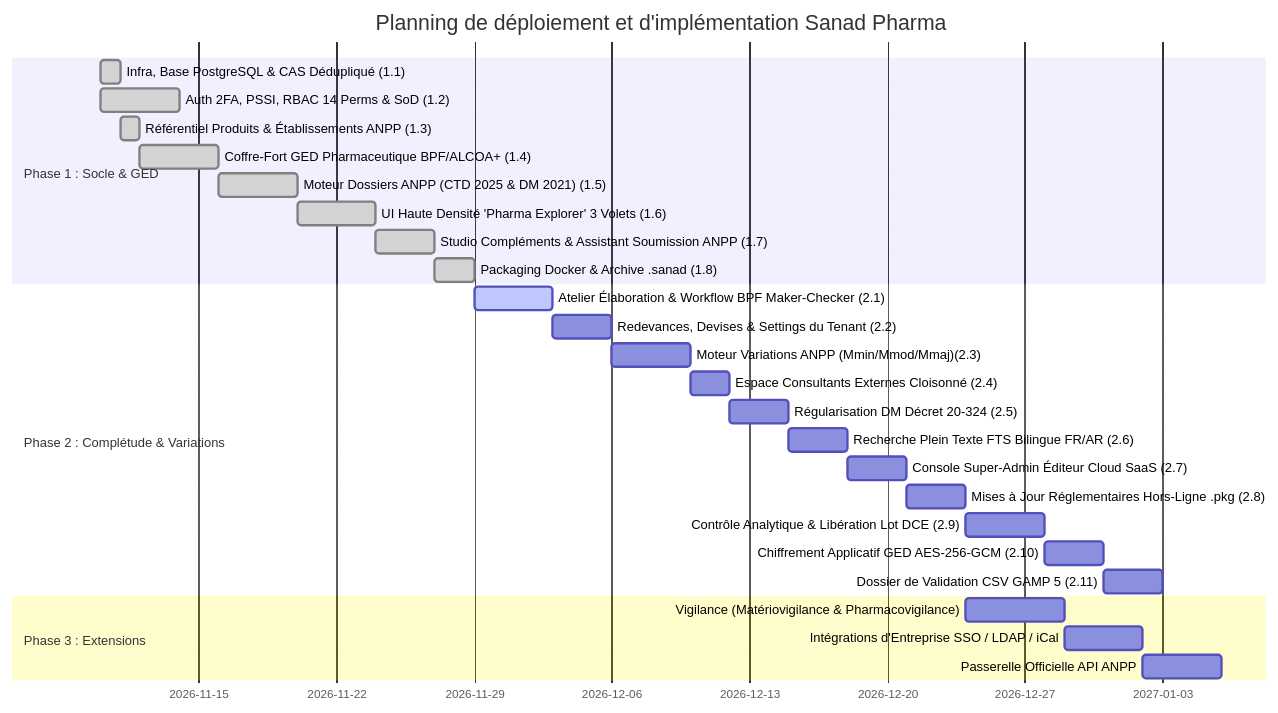
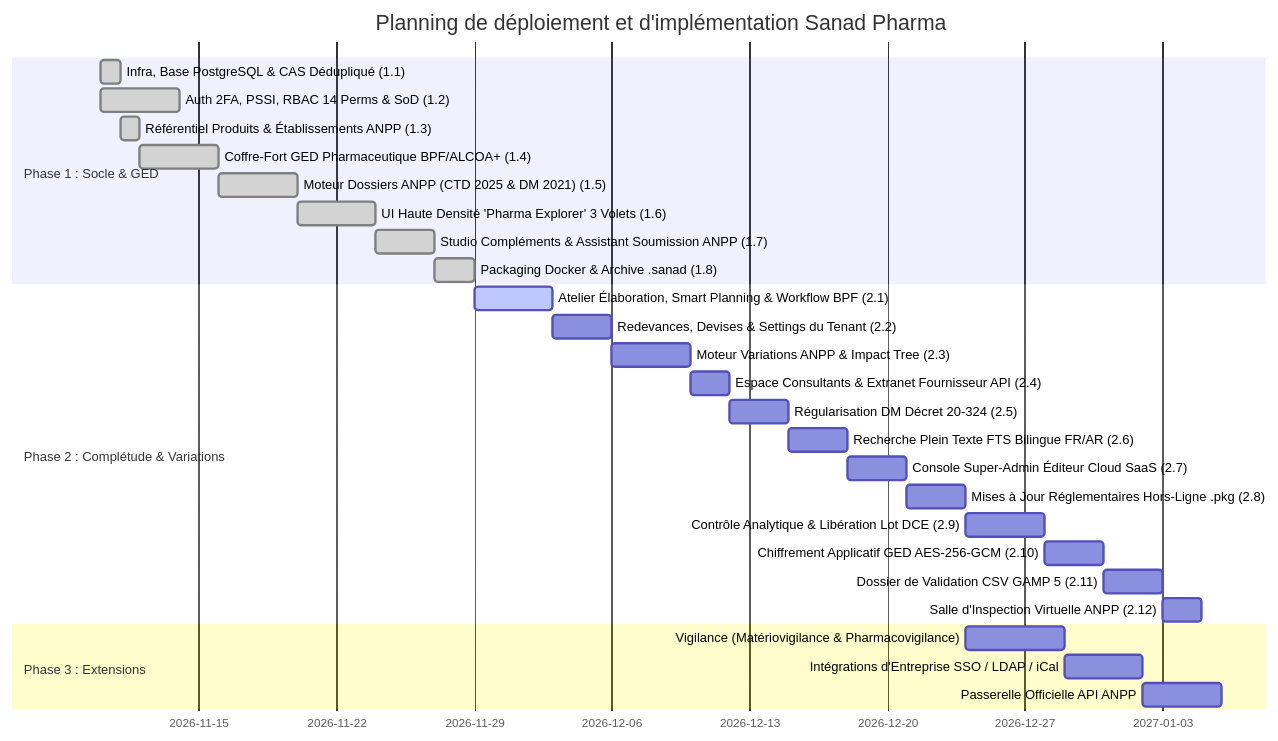
One commit to aassr1965/homolog changed the diagram in docs/roadmap.md. Above: the diagram before and after it, drawn with Mermaid. The commit also changed other lines of this file and 1 other file, not shown here.

Commit message:
docs(features): integrate Smart Planning, Inspection Readiness, API Holder Extranet, LCQ secondary standard alerts, and bilingual medical translation

````diff
--- a/docs/roadmap.md
+++ b/docs/roadmap.md
@@ -20,30 +20,31 @@
 ```mermaid
 gantt
     title Planning de déploiement et d'implémentation Sanad Pharma
     dateFormat  YYYY-MM-DD
     section Phase 1 : Socle & GED
     Infra, Base PostgreSQL & CAS Dédupliqué (1.1)    :done, p1_1, 2026-11-10, 1d
     Auth 2FA, PSSI, RBAC 14 Perms & SoD (1.2)        :done, p1_2, 2026-11-10, 4d
     Référentiel Produits & Établissements ANPP (1.3) :done, p1_3, 2026-11-11, 1d
     Coffre-Fort GED Pharmaceutique BPF/ALCOA+ (1.4)  :done, p1_4, after p1_3, 4d
     Moteur Dossiers ANPP (CTD 2025 & DM 2021) (1.5)  :done, p1_5, after p1_4, 4d
     UI Haute Densité 'Pharma Explorer' 3 Volets (1.6):done, p1_6, after p1_5, 4d
     Studio Compléments & Assistant Soumission ANPP (1.7) :done, p1_7, after p1_6, 3d
     Packaging Docker & Archive .sanad (1.8)          :done, p1_8, after p1_7, 2d
     section Phase 2 : Complétude & Variations
-    Atelier Élaboration & Workflow BPF Maker-Checker (2.1):active, p2_1, after p1_8, 4d
+    Atelier Élaboration, Smart Planning & Workflow BPF (2.1):active, p2_1, after p1_8, 4d
     Redevances, Devises & Settings du Tenant (2.2)   :p2_2, after p2_1, 3d
-    Moteur Variations ANPP (Mmin/Mmod/Mmaj)(2.3)     :p2_3, after p2_2, 4d
-    Espace Consultants Externes Cloisonné (2.4)      :p2_4, after p2_3, 2d
+    Moteur Variations ANPP & Impact Tree (2.3)       :p2_3, after p2_2, 4d
+    Espace Consultants & Extranet Fournisseur API (2.4):p2_4, after p2_3, 2d
     Régularisation DM Décret 20-324 (2.5)            :p2_5, after p2_4, 3d
     Recherche Plein Texte FTS Bilingue FR/AR (2.6)   :p2_6, after p2_5, 3d
     Console Super-Admin Éditeur Cloud SaaS (2.7)     :p2_7, after p2_6, 3d
     Mises à Jour Réglementaires Hors-Ligne .pkg (2.8):p2_8, after p2_7, 3d
     Contrôle Analytique & Libération Lot DCE (2.9)   :p2_9, after p2_8, 4d
     Chiffrement Applicatif GED AES-256-GCM (2.10)   :p2_10, after p2_9, 3d
     Dossier de Validation CSV GAMP 5 (2.11)          :p2_11, after p2_10, 3d
+    Salle d'Inspection Virtuelle ANPP (2.12)         :p2_12, after p2_11, 2d
     section Phase 3 : Extensions
     Vigilance (Matériovigilance & Pharmacovigilance) :p3_1, after p2_8, 5d
     Intégrations d'Entreprise SSO / LDAP / iCal      :p3_2, after p3_1, 4d
     Passerelle Officielle API ANPP                   :p3_3, after p3_2, 4d
 ```
````
